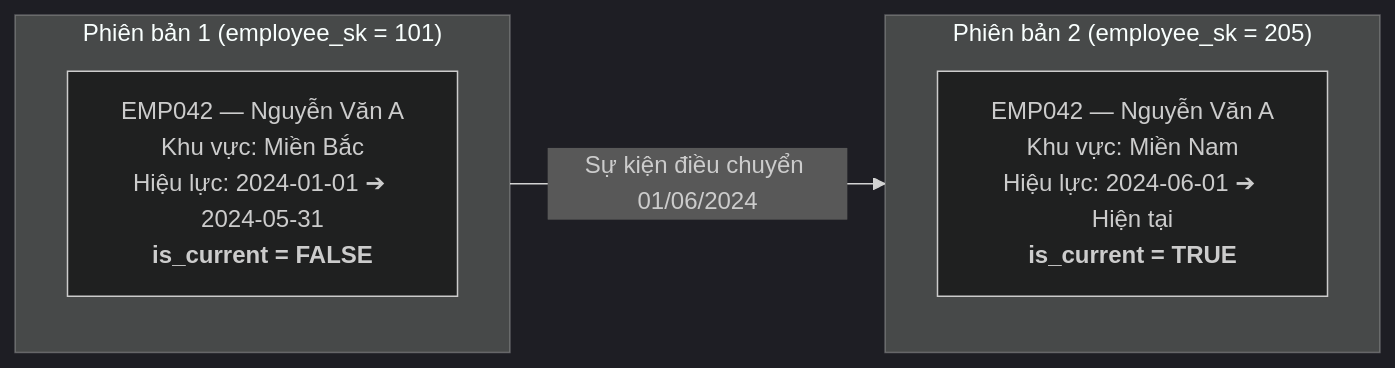
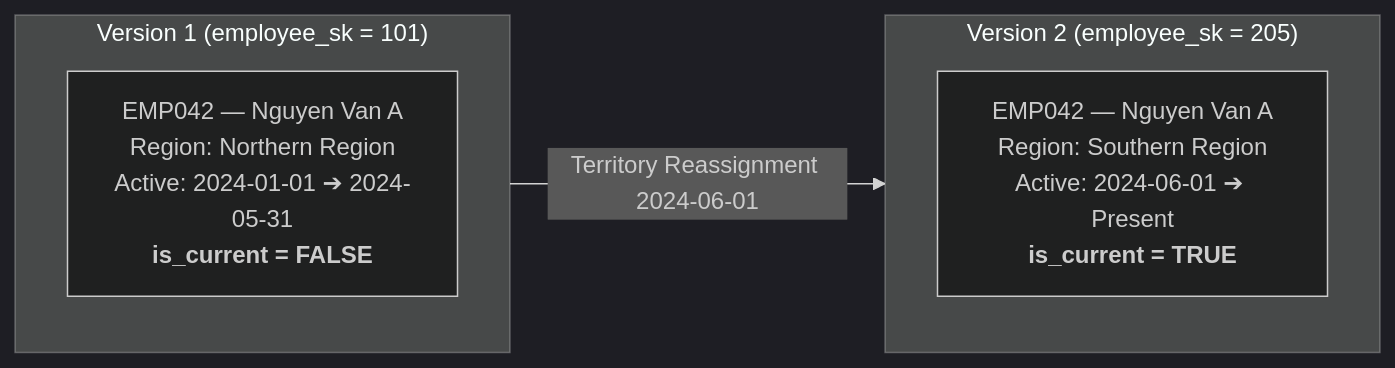
Before and after one commit to thunx280-ctrl/medallion-datapipeline: the third of 5 diagrams in README.md, drawn with Mermaid (dark theme). The commit also changed other lines of this file, not shown here.

````diff
--- a/README.md
+++ b/README.md
@@ -323,10 +323,10 @@
 ```mermaid
 flowchart LR
-    subgraph Record_v1 ["Phiên bản 1 (employee_sk = 101)"]
-        A1["EMP042 — Nguyễn Văn A<br/>Khu vực: Miền Bắc<br/>Hiệu lực: 2024-01-01 ➔ 2024-05-31<br/><b>is_current = FALSE</b>"]
+    subgraph Record_v1 ["Version 1 (employee_sk = 101)"]
+        A1["EMP042 — Nguyen Van A<br/>Region: Northern Region<br/>Active: 2024-01-01 ➔ 2024-05-31<br/><b>is_current = FALSE</b>"]
     end
-    subgraph Record_v2 ["Phiên bản 2 (employee_sk = 205)"]
-        A2["EMP042 — Nguyễn Văn A<br/>Khu vực: Miền Nam<br/>Hiệu lực: 2024-06-01 ➔ Hiện tại<br/><b>is_current = TRUE</b>"]
+    subgraph Record_v2 ["Version 2 (employee_sk = 205)"]
+        A2["EMP042 — Nguyen Van A<br/>Region: Southern Region<br/>Active: 2024-06-01 ➔ Present<br/><b>is_current = TRUE</b>"]
     end
-    Record_v1 -->|Sự kiện điều chuyển 01/06/2024| Record_v2
+    Record_v1 -->|Territory Reassignment 2024-06-01| Record_v2
 ```
````
